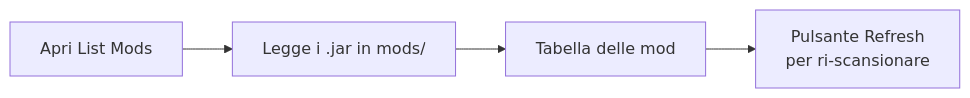
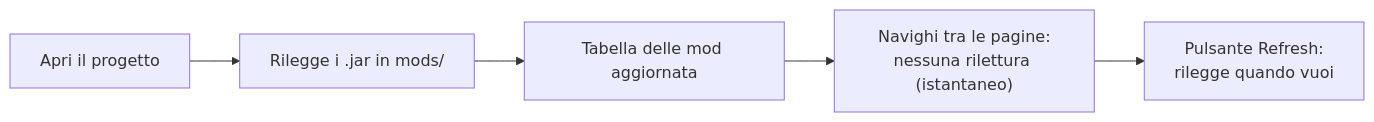
One commit to Alexkill536ITA/ForgeModpack changed the first of 3 diagrams in docs/it/utilizzo/03-mods-e-datapack.md. Above: the diagram before and after it, drawn with Mermaid. The commit also changed other lines of this file and 36 other files, not shown here.

````diff
--- a/docs/it/utilizzo/03-mods-e-datapack.md
+++ b/docs/it/utilizzo/03-mods-e-datapack.md
@@ -12,6 +13,7 @@
 ```mermaid
 graph LR
-    Scan["Apri List Mods"] --> Read["Legge i .jar in mods/"]
-    Read --> Table["Tabella delle mod"]
-    Table --> Refresh["Pulsante Refresh<br/>per ri-scansionare"]
+    Open["Apri il progetto"] --> Read["Rilegge i .jar in mods/"]
+    Read --> Table["Tabella delle mod aggiornata"]
+    Table --> Nav["Navighi tra le pagine:<br/>nessuna rilettura (istantaneo)"]
+    Nav --> Refresh["Pulsante Refresh:<br/>rilegge quando vuoi"]
 ```
````
